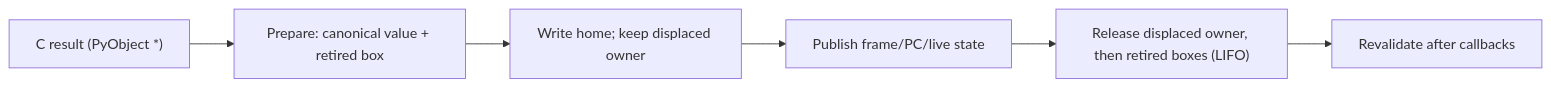
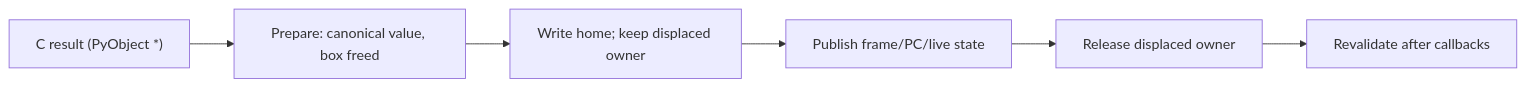
One commit to rjpower/cpython changed the second of 2 diagrams in pyjit/design/pyvalue.md. Above: the diagram before and after it, drawn with Mermaid. The commit also changed other lines of this file and 2 other files, not shown here.

Commit message:
Sync the value design documents with representation step 8

````diff
--- a/pyjit/design/pyvalue.md
+++ b/pyjit/design/pyvalue.md
@@ -279,8 +283,8 @@
 ```mermaid
 flowchart LR
-    R["C result (PyObject *)"] --> P["Prepare: canonical value + retired box"]
+    R["C result (PyObject *)"] --> P["Prepare: canonical value, box freed"]
     P --> W["Write home; keep displaced owner"]
     W --> S[Publish frame/PC/live state]
-    S --> C["Release displaced owner, then retired boxes (LIFO)"]
+    S --> C["Release displaced owner"]
     C --> V[Revalidate after callbacks]
 ```
````
